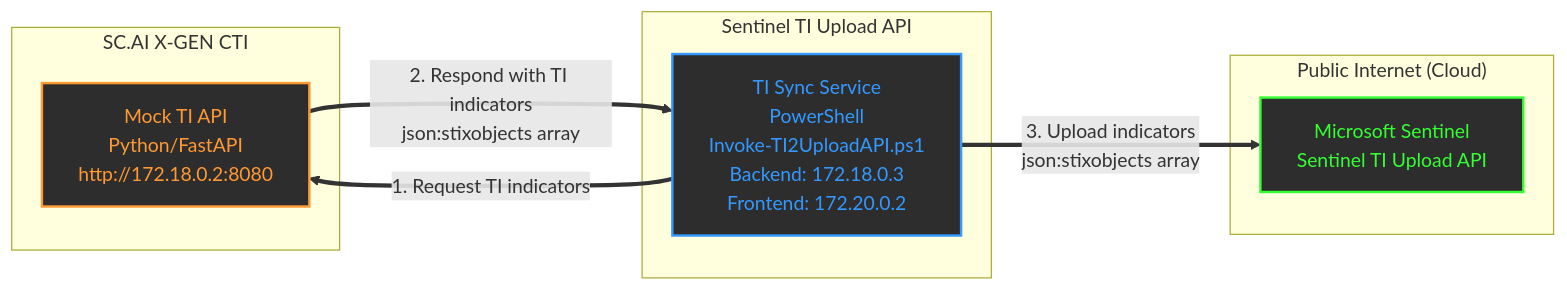
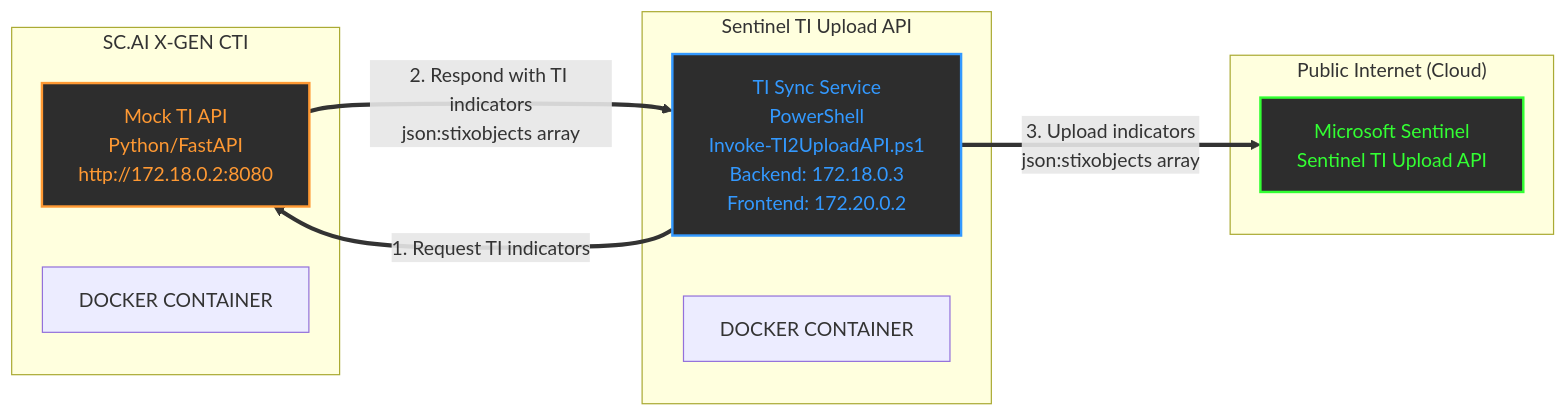
One commit to dcodev1702/Sentinel-TI-Upload-with-Mock-TI-API changed the diagram in README.md. Above: the diagram before and after it, drawn with Mermaid.

Commit message:
Update README with mermaid diagram enhancements

````diff
--- a/README.md
+++ b/README.md
@@ -6,22 +6,24 @@
 ```mermaid
 graph LR
     subgraph "SC.AI X-GEN CTI"
         A[Mock TI API<br/>Python/FastAPI<br/>http://172.18.0.2:8080]
+        A1[DOCKER CONTAINER]
     end
     
     subgraph "Sentinel TI Upload API"
         B[TI Sync Service<br/>PowerShell<br/>Invoke-TI2UploadAPI.ps1<br/>Backend: 172.18.0.3<br/>Frontend: 172.20.0.2]
+        B1[DOCKER CONTAINER]
     end
     
     subgraph "Public Internet (Cloud)"
         C[Microsoft Sentinel<br/>Sentinel TI Upload API]
     end
 
     A ==>|2. Respond with TI indicators<br/>json:stixobjects array| B
     B ==>|1. Request TI indicators| A
     B ==>|3. Upload indicators<br/>json:stixobjects array| C
     
     style A fill:#2d2d2d,stroke:#ff9933,stroke-width:2px,color:#ff9933
     style B fill:#2d2d2d,stroke:#3399ff,stroke-width:2px,color:#3399ff
     style C fill:#2d2d2d,stroke:#33ff33,stroke-width:2px,color:#33ff33
 ```
````
